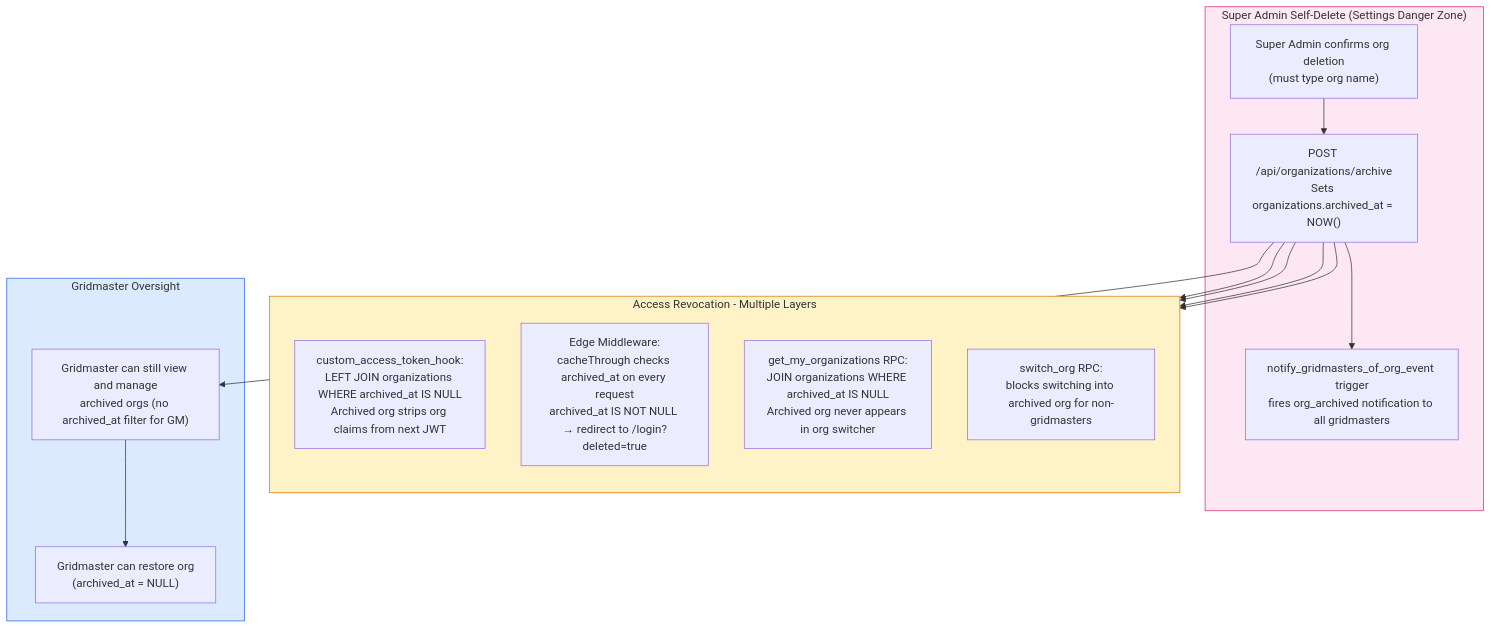
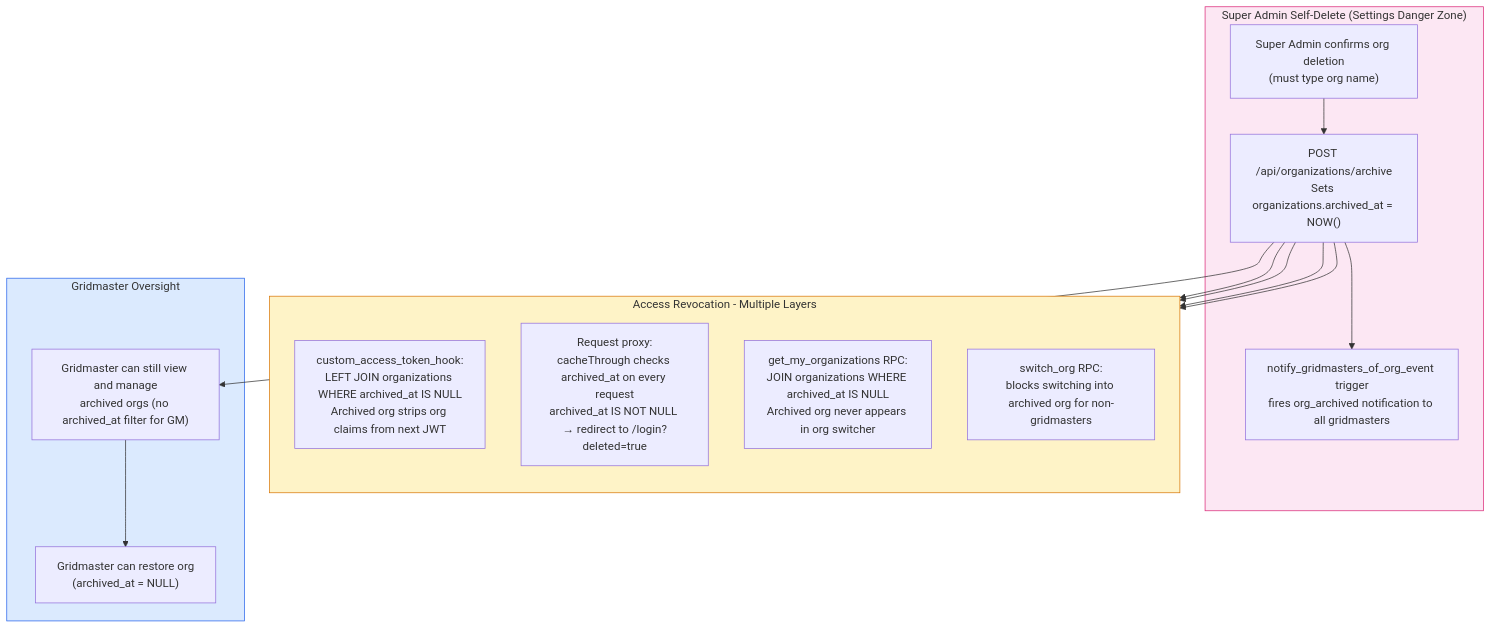
Diagram 11 of 17 in SYSTEM_FLOWCHARTS.md (nickosmas/dub-grid), drawn with Mermaid before and after one commit. The commit also changed other lines of this file and 29 other files, not shown here.

````diff
--- a/SYSTEM_FLOWCHARTS.md
+++ b/SYSTEM_FLOWCHARTS.md
@@ -983,34 +1136,34 @@
 ```mermaid
 flowchart TD
     subgraph Delete["Super Admin Self-Delete (Settings Danger Zone)"]
         CONFIRM["Super Admin confirms org deletion\n(must type org name)"]
         ARCHIVE["POST /api/organizations/archive\nSets organizations.archived_at = NOW()"]
         NOTIF["notify_gridmasters_of_org_event trigger\nfires org_archived notification to all gridmasters"]
     end
 
     subgraph Revoke["Access Revocation - Multiple Layers"]
         direction TB
         HOOK["custom_access_token_hook:\nLEFT JOIN organizations WHERE archived_at IS NULL\nArchived org strips org claims from next JWT"]
-        MIDDLEWARE["Edge Middleware:\ncacheThrough checks archived_at on every request\narchived_at IS NOT NULL → redirect to /login?deleted=true"]
+        MIDDLEWARE["Request proxy:\ncacheThrough checks archived_at on every request\narchived_at IS NOT NULL → redirect to /login?deleted=true"]
         GETMYORGS["get_my_organizations RPC:\nJOIN organizations WHERE archived_at IS NULL\nArchived org never appears in org switcher"]
         SWITCHORG["switch_org RPC:\nblocks switching into archived org for non-gridmasters"]
     end
 
     subgraph Gridmaster["Gridmaster Oversight"]
         VIEW["Gridmaster can still view and manage\narchived orgs (no archived_at filter for GM)"]
         RESTORE["Gridmaster can restore org\n(archived_at = NULL)"]
     end
 
     CONFIRM --> ARCHIVE
     ARCHIVE --> NOTIF
     ARCHIVE --> HOOK
     ARCHIVE --> MIDDLEWARE
     ARCHIVE --> GETMYORGS
     ARCHIVE --> SWITCHORG
     ARCHIVE --> VIEW
     VIEW --> RESTORE
 
     style Delete fill:#fce7f3,stroke:#db2777
     style Revoke fill:#fef3c7,stroke:#d97706
     style Gridmaster fill:#dbeafe,stroke:#2563eb
 ```
````
